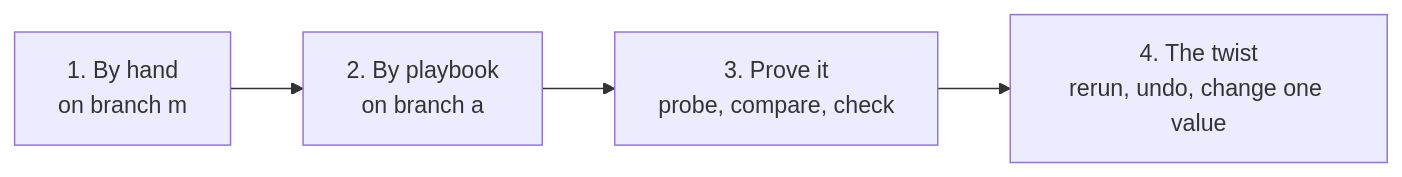
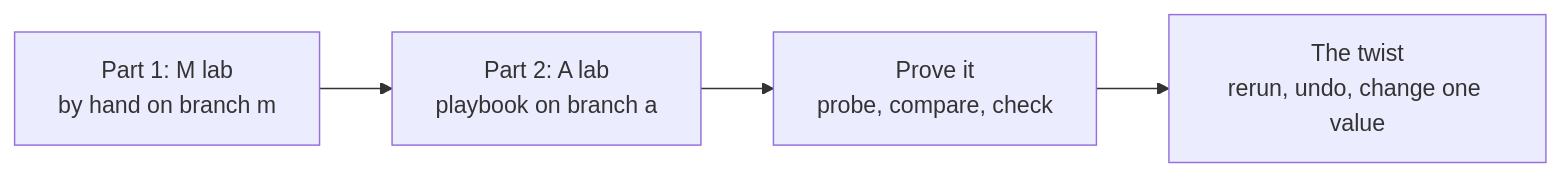
Diagram 11 of 11 in workshops/netlab-ansible/content/slides/presentation.md (fiddler110/Topiary), drawn with Mermaid before and after one commit. The commit also changed other lines of this file and 107 other files, not shown here.

```diff
--- a/workshops/netlab-ansible/content/slides/presentation.md
+++ b/workshops/netlab-ansible/content/slides/presentation.md
@@ -999,6 +1105,6 @@
 <div class="mermaid">
 flowchart LR
-  h["1. By hand<br/>on branch m"] --> p["2. By playbook<br/>on branch a"]
-  p --> v["3. Prove it<br/>probe, compare, check"]
-  v --> t["4. The twist<br/>rerun, undo, change one value"]
+  h["Part 1: M lab<br/>by hand on branch m"] --> p["Part 2: A lab<br/>playbook on branch a"]
+  p --> v["Prove it<br/>probe, compare, check"]
+  v --> t["The twist<br/>rerun, undo, change one value"]
 </div>
```
